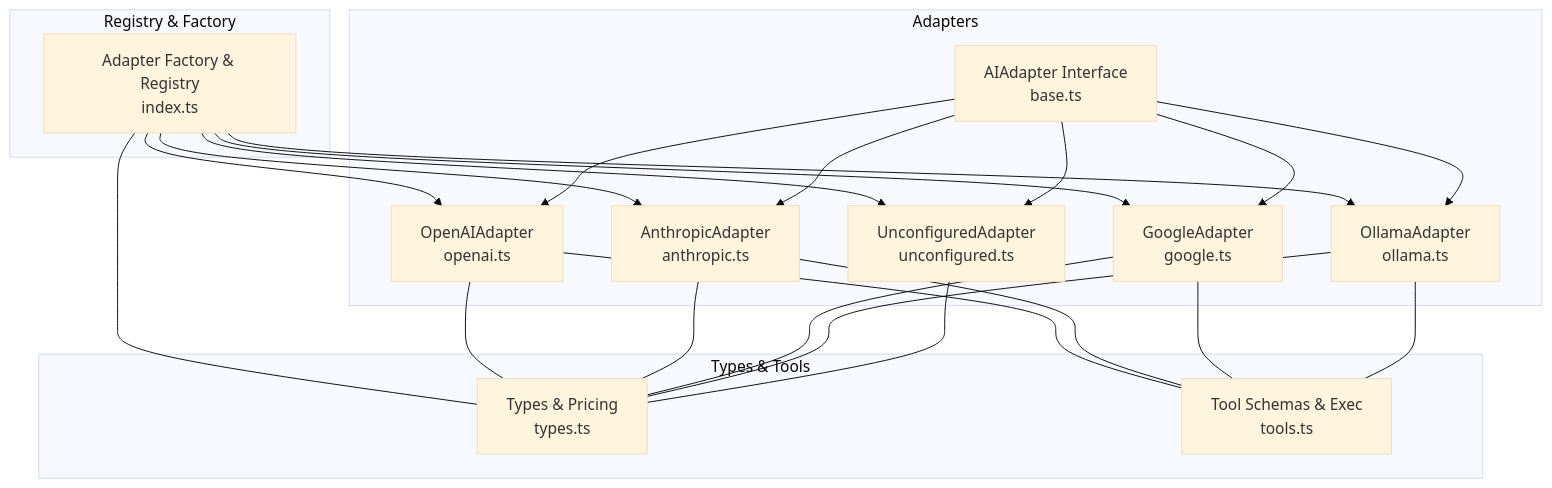
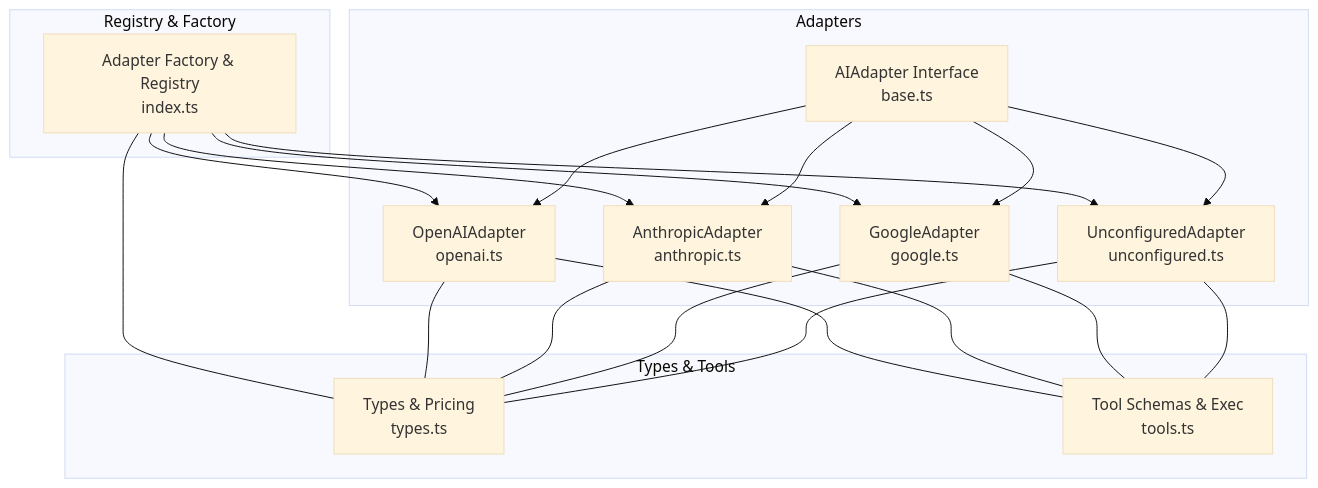
The first of 8 diagrams in .qoder/repowiki/en/content/AI Generation Engine/AI Provider Adapters/Provider-Specific Implementations.md (shekhargiri005-dotcom/AI-powered-accessibility-first-UI-engine), drawn with Mermaid (base theme) before and after one commit. The commit also changed other lines of this file and 7 other files, not shown here.

````diff
--- a/.qoder/repowiki/en/content/AI Generation Engine/AI Provider Adapters/Provider-Specific Implementations.md
+++ b/.qoder/repowiki/en/content/AI Generation Engine/AI Provider Adapters/Provider-Specific Implementations.md
@@ -35,38 +45,34 @@
 ```mermaid
 graph TB
 subgraph "Adapters"
 Base["AIAdapter Interface<br/>base.ts"]
 OA["OpenAIAdapter<br/>openai.ts"]
 AA["AnthropicAdapter<br/>anthropic.ts"]
 GA["GoogleAdapter<br/>google.ts"]
-OA2["OllamaAdapter<br/>ollama.ts"]
 UA["UnconfiguredAdapter<br/>unconfigured.ts"]
 end
 subgraph "Registry & Factory"
 IDX["Adapter Factory & Registry<br/>index.ts"]
 end
 subgraph "Types & Tools"
 TYP["Types & Pricing<br/>types.ts"]
 TOOL["Tool Schemas & Exec<br/>tools.ts"]
 end
 IDX --> OA
 IDX --> AA
 IDX --> GA
-IDX --> OA2
 IDX --> UA
 OA --- TOOL
 AA --- TOOL
 GA --- TOOL
-OA2 --- TOOL
+UA --- TOOL
 Base --> OA
 Base --> AA
 Base --> GA
-Base --> OA2
 Base --> UA
 IDX --- TYP
 OA --- TYP
 AA --- TYP
 GA --- TYP
-OA2 --- TYP
 UA --- TYP
 ```
````
